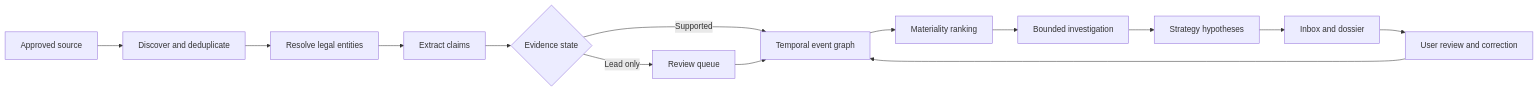
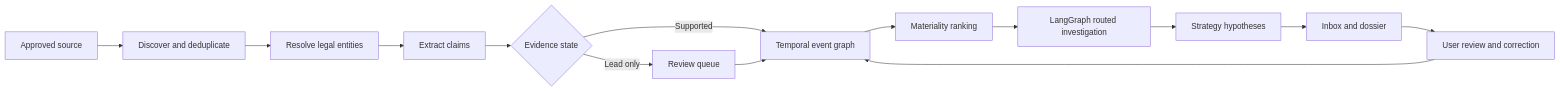
One commit to techieguy-kartik/mind-map changed the second of 3 diagrams in docs/IMPLEMENTATION_MIND_MAP.md. Above: the diagram before and after it, drawn with Mermaid. The commit also changed other lines of this file and 19 other files, not shown here.

Commit message:
Add routed LangGraph hybrid RAG investigations

````diff
--- a/docs/IMPLEMENTATION_MIND_MAP.md
+++ b/docs/IMPLEMENTATION_MIND_MAP.md
@@ -105,16 +127,16 @@
 ```mermaid
 flowchart LR
     S[Approved source] --> D[Discover and deduplicate]
     D --> R[Resolve legal entities]
     R --> C[Extract claims]
     C --> V{Evidence state}
     V -->|Lead only| Q[Review queue]
     V -->|Supported| E[Temporal event graph]
     Q --> E
     E --> M[Materiality ranking]
-    M --> I[Bounded investigation]
+    M --> I[LangGraph routed investigation]
     I --> H[Strategy hypotheses]
     H --> A[Inbox and dossier]
     A --> F[User review and correction]
     F --> E
 ```
````
